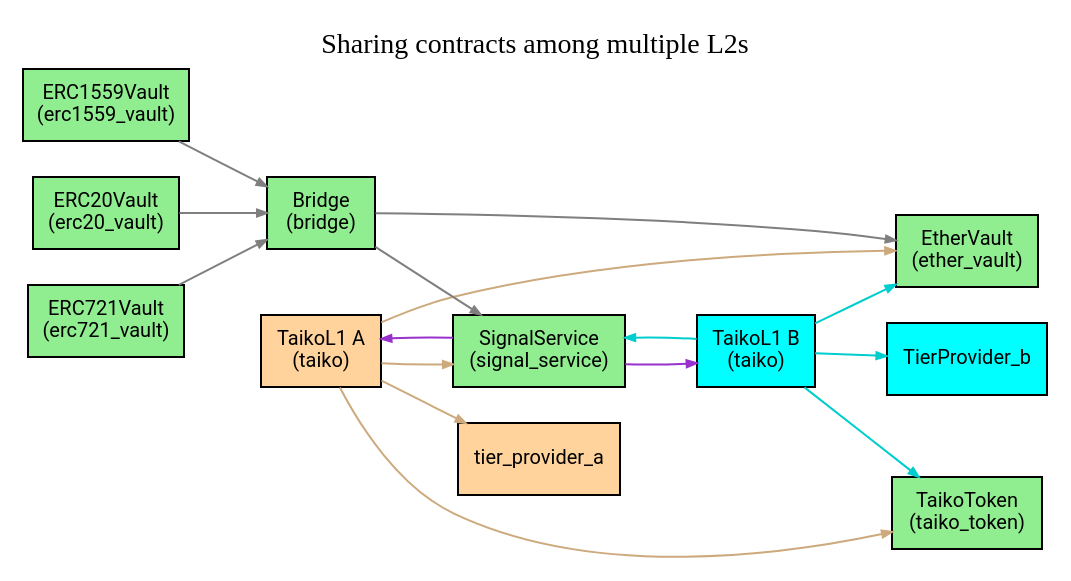
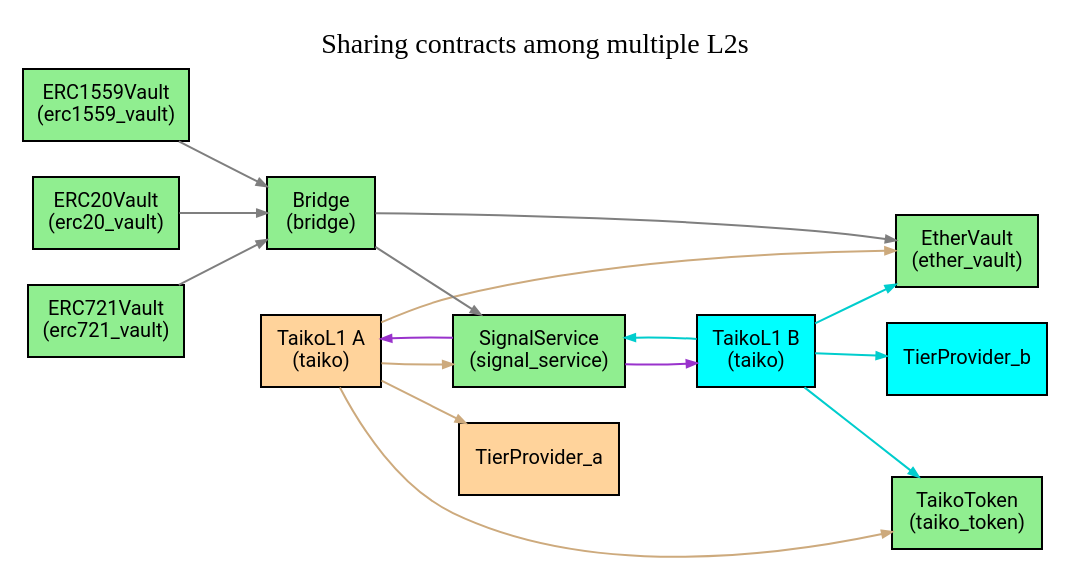
One commit to taikoxyz/taiko-mono changed the diagram in packages/protocol/docs/contract_graph.dot. Above: the diagram before and after it, drawn with Graphviz. The commit also changed 1 other file, not shown here.

Commit message:
add graph

```diff
--- a/packages/protocol/docs/contract_graph.dot
+++ b/packages/protocol/docs/contract_graph.dot
@@ -1,45 +1,45 @@
 digraph G {
   graph [rankdir=LR];
   node [shape=box, fontname="Roboto" fontsize=10]; 
   edge [arrowsize=0.5, color=gray50]; // Set the arrowhead type for all edges
 
   label="Sharing contracts among multiple L2s"; // Set the label for the entire graph
   labelloc="t"; // Place the label at the top
 
 
   taiko_a [label="TaikoL1 A\n(taiko)", style=filled, fillcolor=burlywood1]
-  tier_provider_a [style=filled, fillcolor=burlywood1]
+  TierProvider_a [style=filled, fillcolor=burlywood1]
 
   taiko_b [label="TaikoL1 B\n(taiko)", style=filled, fillcolor=cyan]
   TierProvider_b [style=filled, fillcolor=cyan]
 
   // taiko_l2 [label="TaikoL2\n(n/a)"]
   erc1559_vault [label="ERC1559Vault\n(erc1559_vault)" style=filled, fillcolor=lightgreen]
   erc20_vault [label="ERC20Vault\n(erc20_vault)" style=filled, fillcolor=lightgreen]
   erc721_vault [label="ERC721Vault\n(erc721_vault)" style=filled, fillcolor=lightgreen]
   signal_service [label="SignalService\n(signal_service)" style=filled, fillcolor=lightgreen]
   taiko_token [label="TaikoToken\n(taiko_token)" style=filled, fillcolor=lightgreen]
   ether_vault [label="EtherVault\n(ether_vault)" style=filled, fillcolor=lightgreen]
   bridge [label="Bridge\n(bridge)" style=filled, fillcolor=lightgreen]
 
   erc1559_vault -> bridge;
   erc20_vault -> bridge;
   erc721_vault -> bridge;
   bridge -> ether_vault;
   bridge -> signal_service;
 
-  taiko_a -> tier_provider_a [color=burlywood3];
+  taiko_a -> TierProvider_a [color=burlywood3];
   taiko_a -> signal_service [color=burlywood3];
   taiko_a -> taiko_token [color=burlywood3];
   taiko_a -> ether_vault [color=burlywood3];
 
   taiko_b -> TierProvider_b [color=cyan3];
   taiko_b -> signal_service [color=cyan3];
   taiko_b -> taiko_token [color=cyan3];
   taiko_b -> ether_vault [color=cyan3];
 
   signal_service -> taiko_a [color=darkorchid];
   signal_service -> taiko_b [color=darkorchid];
 }
 
 // dot -Tpdf contract_graph.dot -o contract_graph.pdf
```
